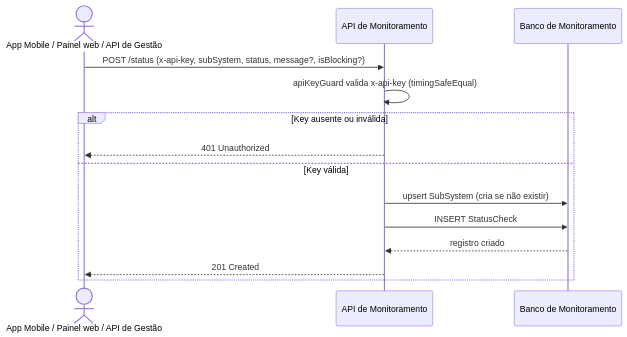
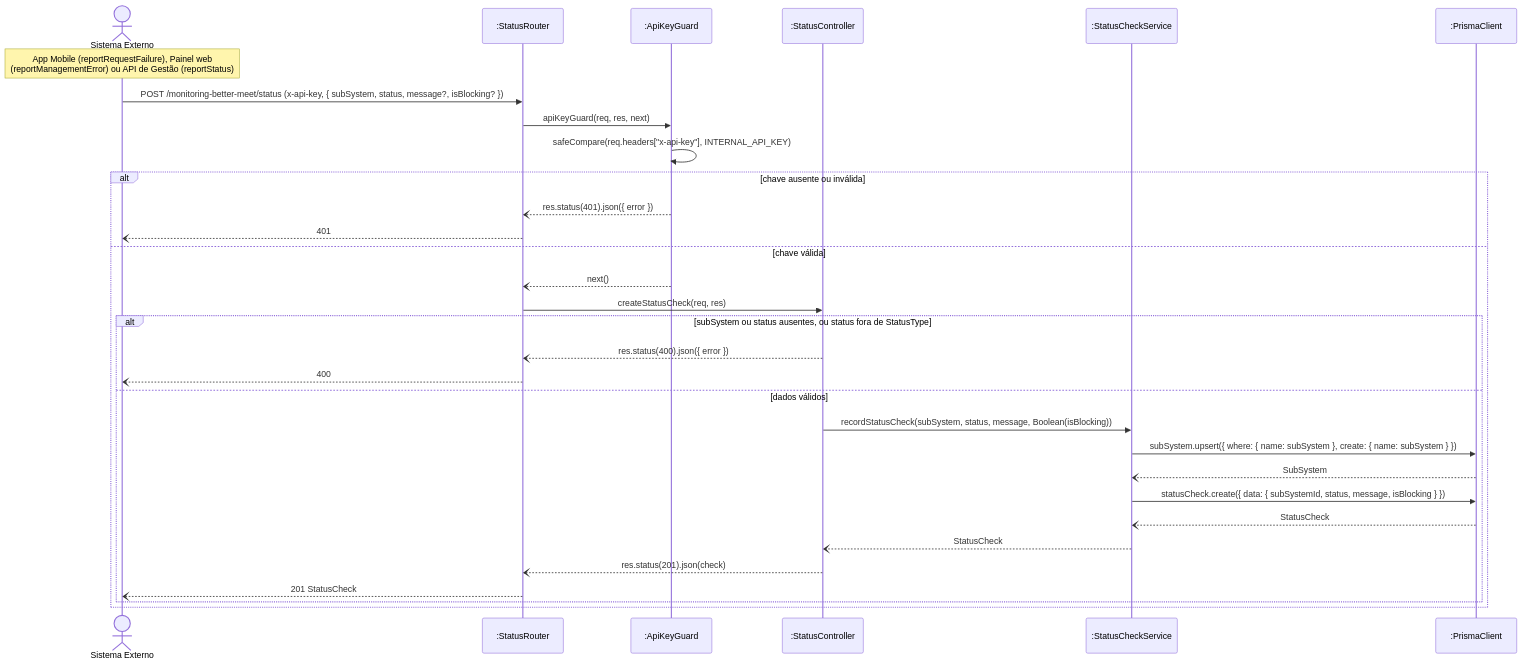
The fifth of 17 diagrams in documentos/entrega2_Di1/requisitos_e_casos_de_uso.md (MiguelIFSP/BRTPDS2-PROJETO-E-DESENVOLVIMENTO-DE-SISTEMAS-2), drawn with Mermaid before and after one commit. The commit also changed other lines of this file and 7 other files, not shown here.

````diff
--- a/documentos/entrega2_Di1/requisitos_e_casos_de_uso.md
+++ b/documentos/entrega2_Di1/requisitos_e_casos_de_uso.md
@@ -246,17 +308,34 @@
 ```mermaid
 sequenceDiagram
-    actor Sist as App Mobile / Painel web / API de Gestão
-    participant Mon as API de Monitoramento
-    participant DB as Banco de Monitoramento
+    actor Sist as Sistema Externo
+    participant R as :StatusRouter
+    participant K as :ApiKeyGuard
+    participant C as :StatusController
+    participant S as :StatusCheckService
+    participant P as :PrismaClient
 
-    Sist->>Mon: POST /status (x-api-key, subSystem, status, message?, isBlocking?)
-    Mon->>Mon: apiKeyGuard valida x-api-key (timingSafeEqual)
-    alt Key ausente ou inválida
-        Mon-->>Sist: 401 Unauthorized
-    else Key válida
-        Mon->>DB: upsert SubSystem (cria se não existir)
-        Mon->>DB: INSERT StatusCheck
-        DB-->>Mon: registro criado
-        Mon-->>Sist: 201 Created
+    Note over Sist: App Mobile (reportRequestFailure), Painel web<br/>(reportManagementError) ou API de Gestão (reportStatus)
+    Sist->>R: POST /monitoring-better-meet/status (x-api-key, { subSystem, status, message?, isBlocking? })
+    R->>K: apiKeyGuard(req, res, next)
+    K->>K: safeCompare(req.headers["x-api-key"], INTERNAL_API_KEY)
+    alt chave ausente ou inválida
+        K--)R: res.status(401).json({ error })
+        R--)Sist: 401
+    else chave válida
+        K--)R: next()
+        R->>C: createStatusCheck(req, res)
+        alt subSystem ou status ausentes, ou status fora de StatusType
+            C--)R: res.status(400).json({ error })
+            R--)Sist: 400
+        else dados válidos
+            C->>S: recordStatusCheck(subSystem, status, message, Boolean(isBlocking))
+            S->>P: subSystem.upsert({ where: { name: subSystem }, create: { name: subSystem } })
+            P--)S: SubSystem
+            S->>P: statusCheck.create({ data: { subSystemId, status, message, isBlocking } })
+            P--)S: StatusCheck
+            S--)C: StatusCheck
+            C--)R: res.status(201).json(check)
+            R--)Sist: 201 StatusCheck
+        end
     end
 ```
````
